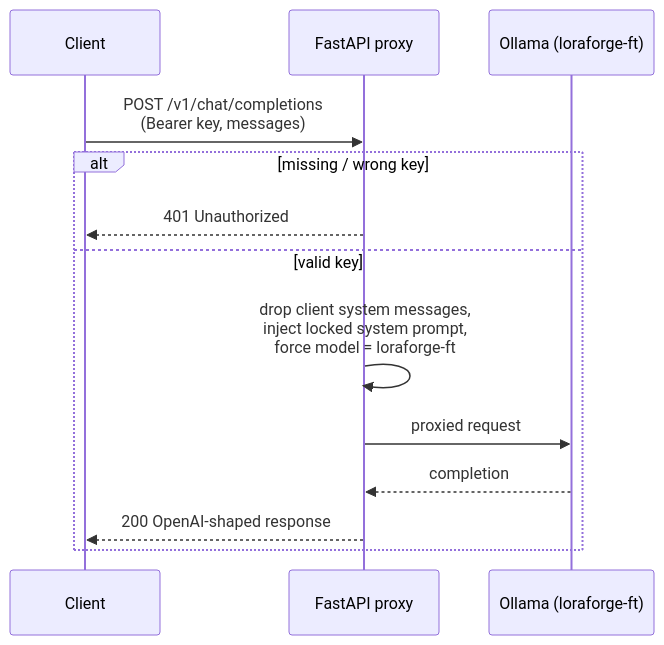
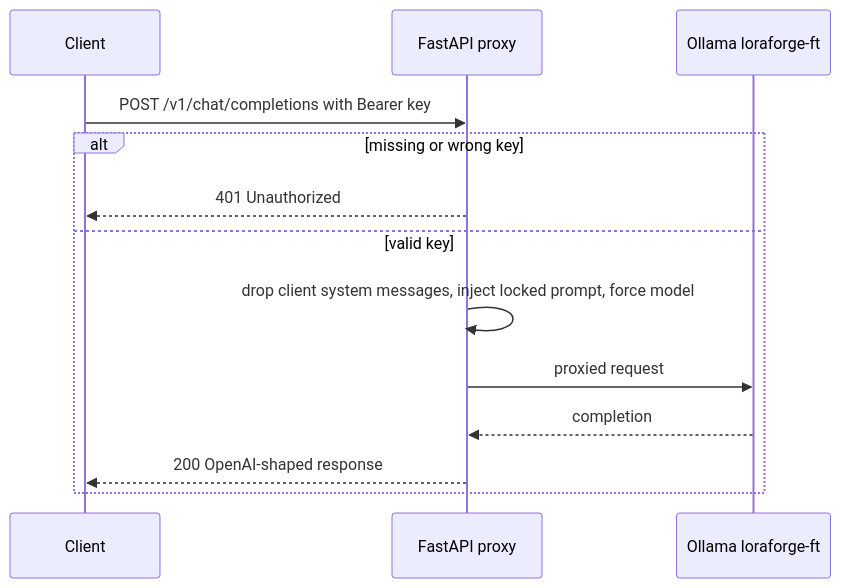
The third of 3 diagrams in README.md (HamzaElSousi/LoraForge-fine-tuning), drawn with Mermaid before and after one commit. The commit also changed other lines of this file, not shown here.

First line of the commit message:
fix(readme): make mermaid diagrams GitHub-renderable

````diff
--- a/README.md
+++ b/README.md
@@ -142,15 +142,15 @@
 ```mermaid
 sequenceDiagram
     participant C as Client
     participant P as FastAPI proxy
-    participant O as Ollama (loraforge-ft)
-    C->>P: POST /v1/chat/completions<br/>(Bearer key, messages)
-    alt missing / wrong key
+    participant O as Ollama loraforge-ft
+    C->>P: POST /v1/chat/completions with Bearer key
+    alt missing or wrong key
         P-->>C: 401 Unauthorized
     else valid key
-        P->>P: drop client system messages,<br/>inject locked system prompt,<br/>force model = loraforge-ft
+        P->>P: drop client system messages, inject locked prompt, force model
         P->>O: proxied request
         O-->>P: completion
         P-->>C: 200 OpenAI-shaped response
     end
 ```
````
